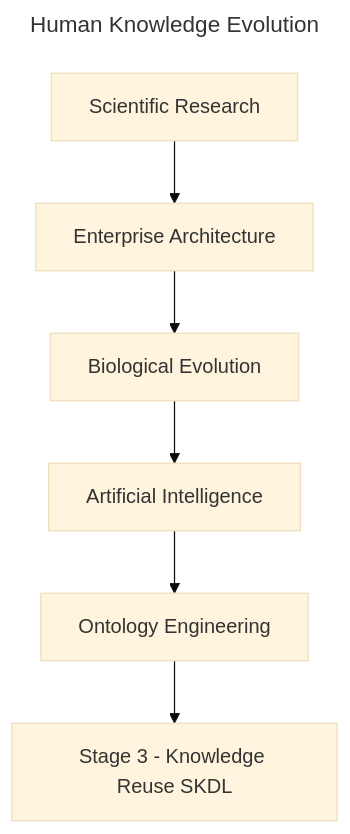
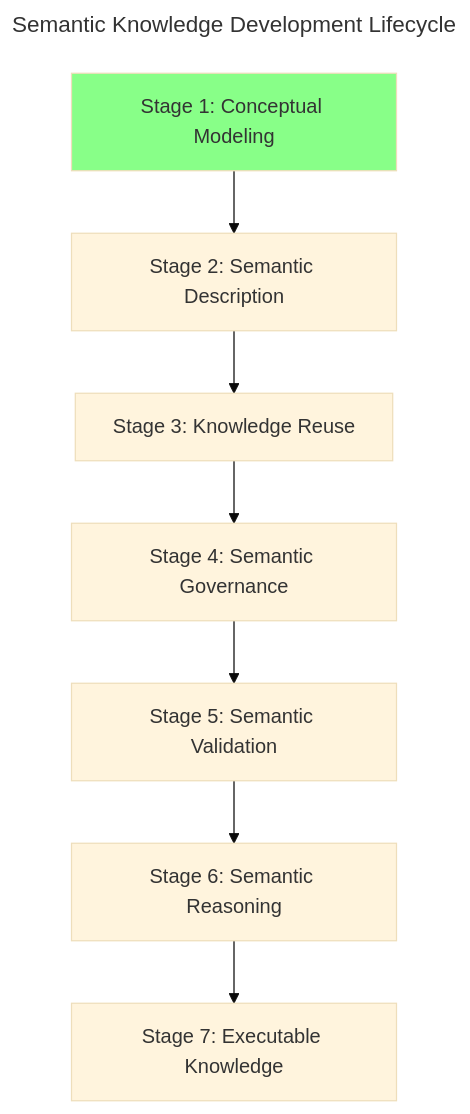
The first of 17 diagrams in ebook/markdown/ch18.md (yasenstar/protege_pizza), drawn with Mermaid (base theme) before and after one commit. The commit also changed other lines of this file and 21 other files, not shown here.

Commit message:
split chapter 14 and start writing SKDL stage 3

````diff
--- a/ebook/markdown/ch18.md
+++ b/ebook/markdown/ch18.md
@@ -55,12 +149,14 @@
 ```mermaid
 ---
-title: Human Knowledge Evolution
+title: Semantic Knowledge Development Lifecycle
 ---
 flowchart TD
-A[Scientific Research]
--->B[Enterprise Architecture]
--->C[Biological Evolution]
--->D[Artificial Intelligence]
--->E[Ontology Engineering]
--->F[Stage 3 - Knowledge Reuse SKDL]
+A[Stage 1: Conceptual Modeling]
+-->B[Stage 2: Semantic Description]
+-->C[Stage 3: Knowledge Reuse]
+-->D[Stage 4: Semantic Governance]
+-->E[Stage 5: Semantic Validation]
+-->F[Stage 6: Semantic Reasoning]
+-->G[Stage 7: Executable Knowledge]
+style A fill:#88FF88
 ```
````
